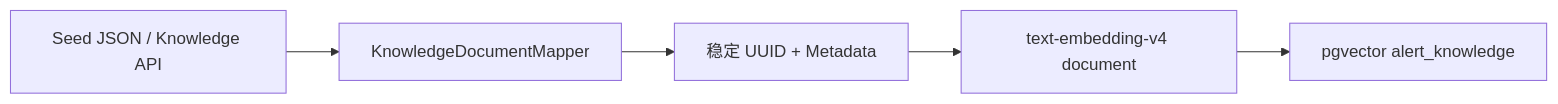
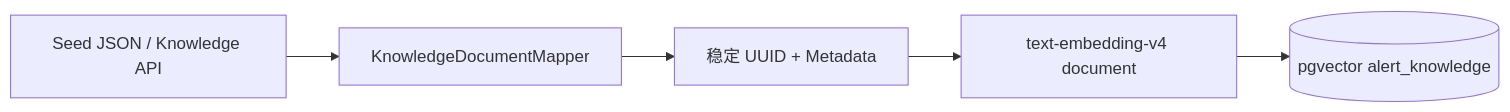
One commit to lovelsf-int/alert-triage-agent changed the sixth of 7 diagrams in docs/architecture.md. Above: the diagram before and after it, drawn with Mermaid. The commit also changed other lines of this file and 1 other file, not shown here.

Commit message:
docs: add complete V0.3 architecture and sequence diagrams

````diff
--- a/docs/architecture.md
+++ b/docs/architecture.md
@@ -16,7 +241,7 @@
 ```mermaid
 flowchart LR
-    A[Seed JSON / Knowledge API] --> B[KnowledgeDocumentMapper]
-    B --> C[稳定 UUID + Metadata]
-    C --> D[text-embedding-v4 document]
-    D --> E[pgvector alert_knowledge]
+    Source[Seed JSON / Knowledge API] --> Mapper[KnowledgeDocumentMapper]
+    Mapper --> StableId[稳定 UUID + Metadata]
+    StableId --> Embedding[text-embedding-v4 document]
+    Embedding --> VectorStore[(pgvector alert_knowledge)]
 ```
````
